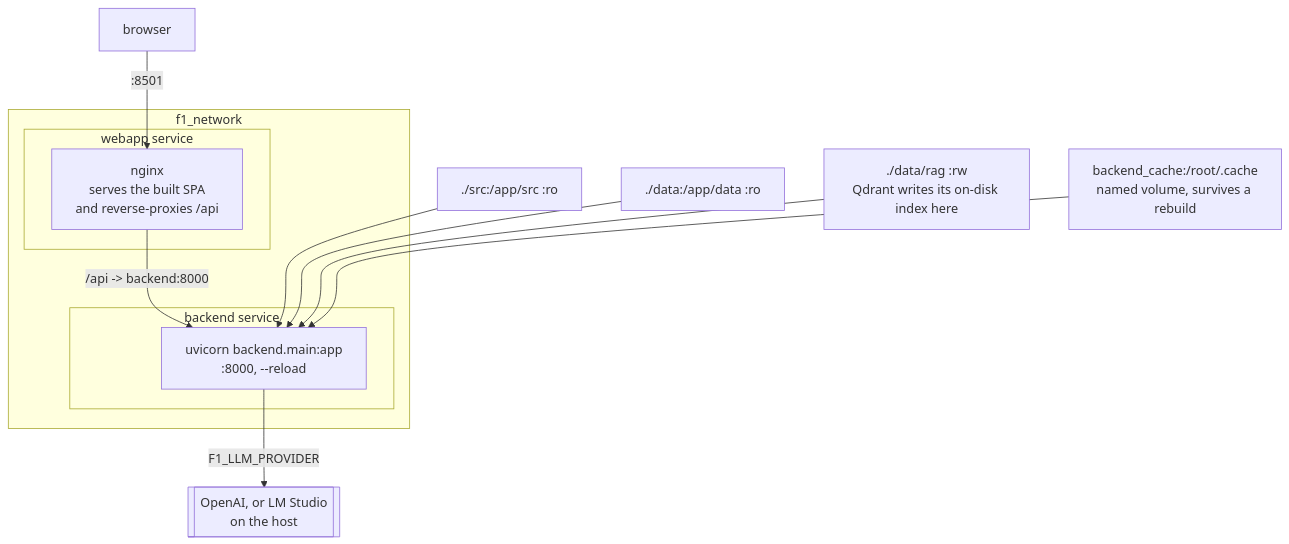
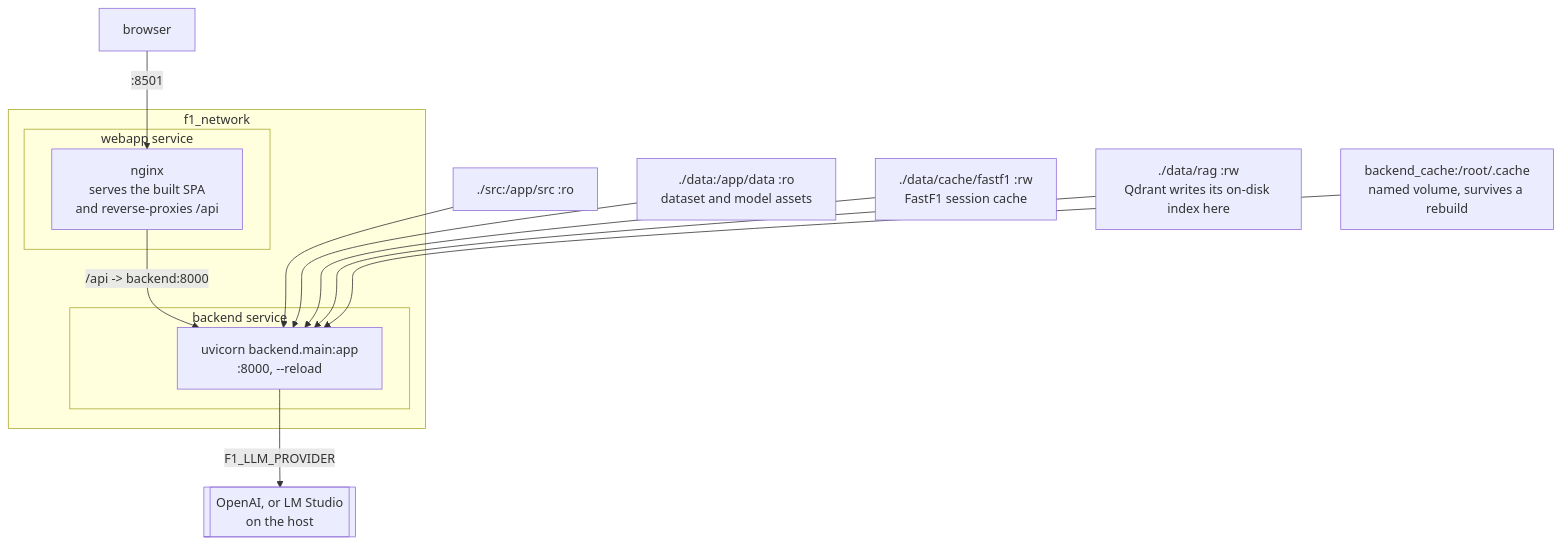
Before and after one commit to VforVitorio/F1-StratLab: the diagram in docs/pages/setup.md, drawn with Mermaid. The commit also changed other lines of this file and 2 other files, not shown here.

````diff
--- a/docs/pages/setup.md
+++ b/docs/pages/setup.md
@@ -99,19 +108,20 @@
 ```mermaid
 graph TD
     U[browser] -->|":8501"| NG
     subgraph net["f1_network"]
         subgraph wsvc["webapp service"]
             NG[nginx<br/>serves the built SPA<br/>and reverse-proxies /api]
         end
         subgraph bsvc["backend service"]
             API["uvicorn backend.main:app<br/>:8000, --reload"]
         end
         NG -->|"/api -> backend:8000"| API
     end
     API -->|F1_LLM_PROVIDER| LLM[["OpenAI, or LM Studio<br/>on the host"]]
 
     V1["./src:/app/src :ro"] --> API
-    V2["./data:/app/data :ro"] --> API
-    V3["./data/rag :rw<br/>Qdrant writes its on-disk index here"] --> API
-    V4["backend_cache:/root/.cache<br/>named volume, survives a rebuild"] --> API
+    V2["./data:/app/data :ro<br/>dataset and model assets"] --> API
+    V3["./data/cache/fastf1 :rw<br/>FastF1 session cache"] --> API
+    V4["./data/rag :rw<br/>Qdrant writes its on-disk index here"] --> API
+    V5["backend_cache:/root/.cache<br/>named volume, survives a rebuild"] --> API
 ```
````
